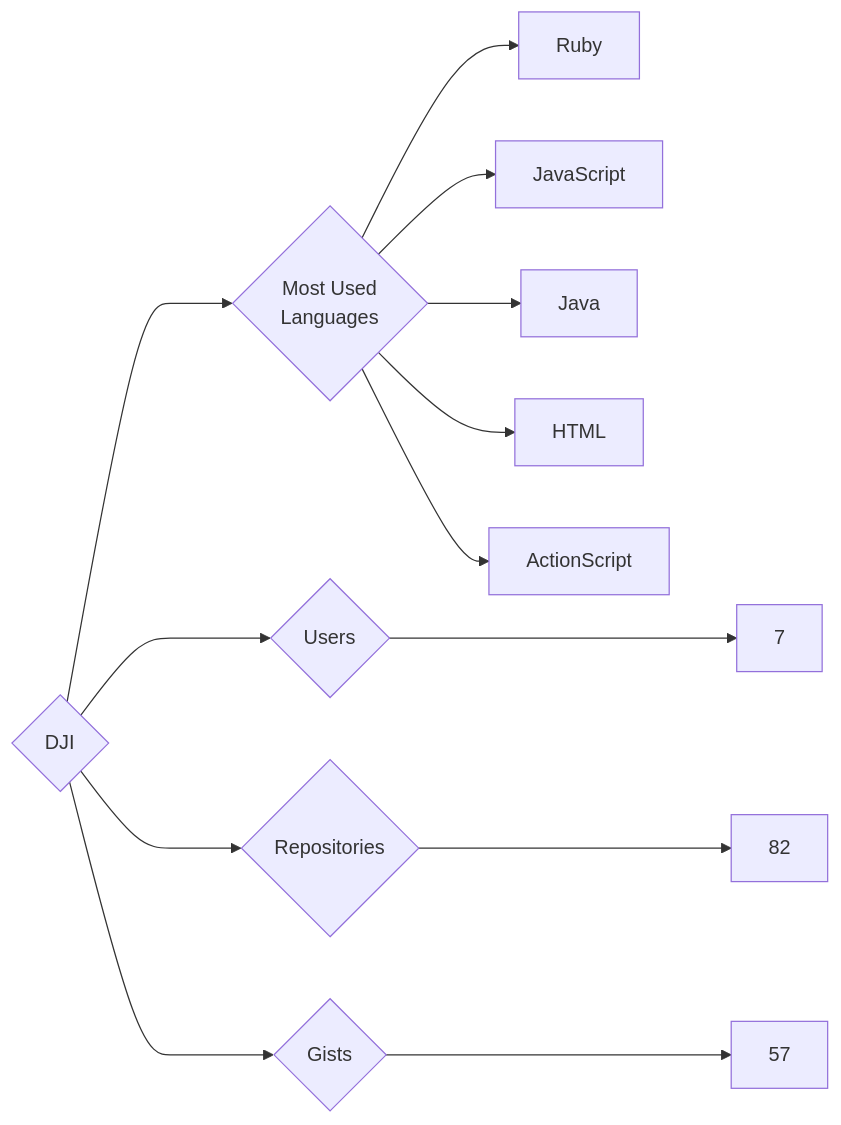
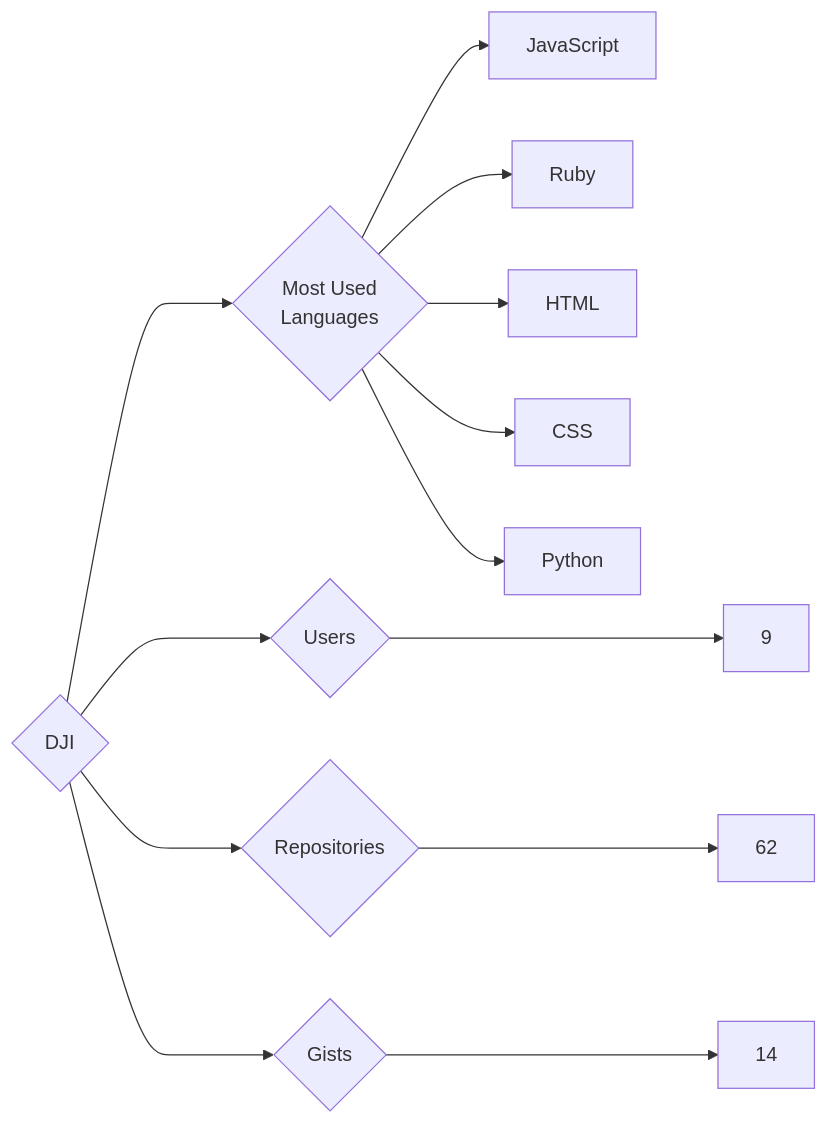
Before and after one commit to trickest/insiders: the diagram in targets/DJI/README.md, drawn with Mermaid. The commit also changed 951 other files, not shown here.

````diff
--- a/targets/DJI/README.md
+++ b/targets/DJI/README.md
@@ -3,13 +3,13 @@
 ```mermaid
 graph LR
 COMPANY_NAME{DJI}
-COMPANY_NAME ---> U{Users} ---> UN[7]
-COMPANY_NAME ---> R{Repositories} ---> RN[82]
-COMPANY_NAME ---> G{Gists} ---> GN[57]
+COMPANY_NAME ---> U{Users} ---> UN[9]
+COMPANY_NAME ---> R{Repositories} ---> RN[62]
+COMPANY_NAME ---> G{Gists} ---> GN[14]
 COMPANY_NAME ---> ML{Most Used<br>Languages}
+ML --> JavaScript[JavaScript]
 ML --> Ruby[Ruby]
-ML --> JavaScript[JavaScript]
-ML --> Java[Java]
 ML --> HTML[HTML]
-ML --> ActionScript[ActionScript]
+ML --> CSS[CSS]
+ML --> Python[Python]
 ```
````
